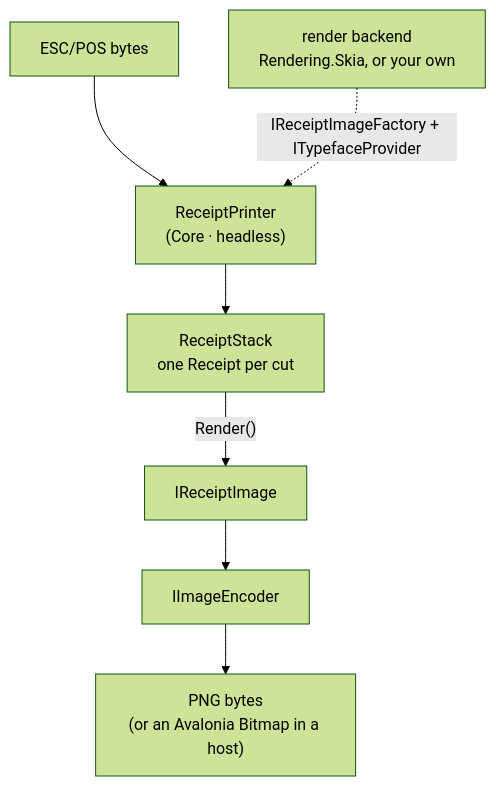
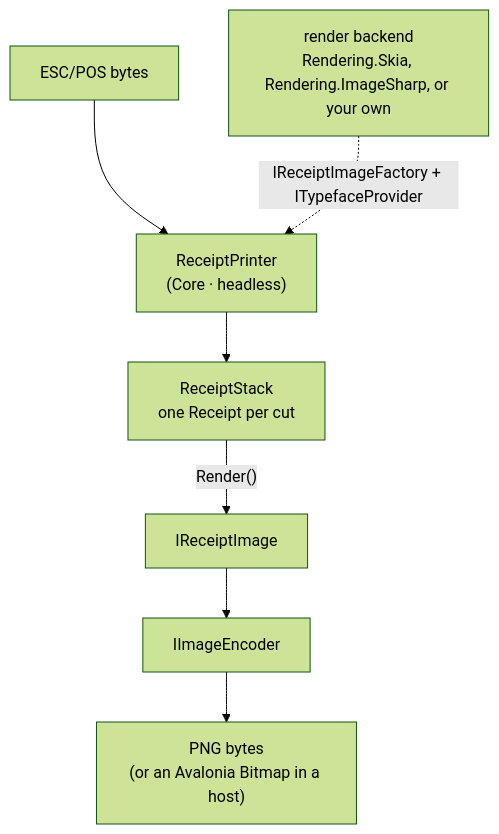
Before and after one commit to danielmeza/CrossEscPosEmulator: the second of 2 diagrams in docs/packages/README.md, drawn with Mermaid (forest theme). The commit also changed other lines of this file and 5 other files, not shown here.

First line of the commit message:
Docs: add ImageSharp backend, Blazor web guide, and a render-backend guide

````diff
--- a/docs/packages/README.md
+++ b/docs/packages/README.md
@@ -38,11 +41,11 @@
 ```mermaid
 flowchart TD
     bytes["ESC/POS bytes"] --> printer["ReceiptPrinter<br/>(Core · headless)"]
     printer --> stack["ReceiptStack<br/>one Receipt per cut"]
     stack -->|"Render()"| image["IReceiptImage"]
     image --> encoder["IImageEncoder"]
     encoder --> png["PNG bytes<br/>(or an Avalonia Bitmap in a host)"]
 
-    backend["render backend<br/>Rendering.Skia, or your own"]
+    backend["render backend<br/>Rendering.Skia, Rendering.ImageSharp, or your own"]
     backend -. "IReceiptImageFactory + ITypefaceProvider" .-> printer
 ```
````
